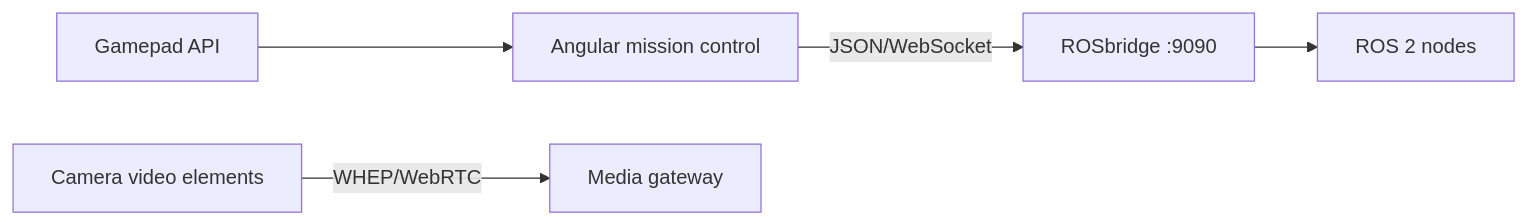
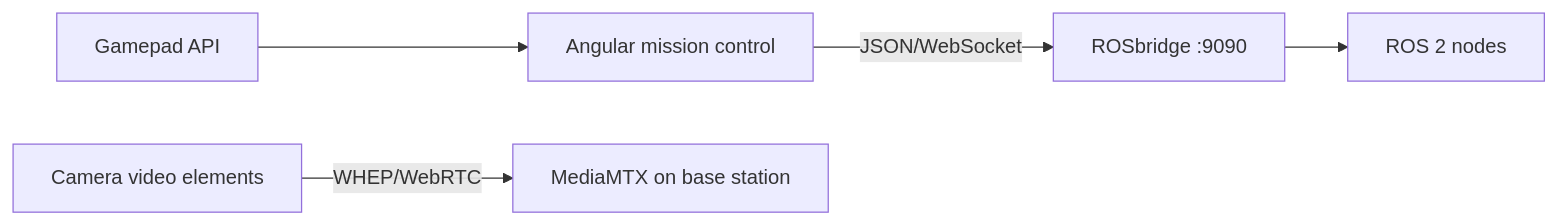
Before and after one commit to deakin-robotics/Chasmata-2027: the diagram in gui/README.md, drawn with Mermaid. The commit also changed other lines of this file and 6 other files, not shown here.

Commit message:
Configure base station LAN media and ROS networking

````diff
--- a/gui/README.md
+++ b/gui/README.md
@@ -62,7 +62,7 @@
 ```mermaid
 flowchart LR
     gamepad[Gamepad API] --> gui[Angular mission control]
     gui -->|JSON/WebSocket| rosbridge[ROSbridge :9090]
     rosbridge --> ros[ROS 2 nodes]
-    camera[Camera video elements] -->|WHEP/WebRTC| streams[Media gateway]
+    camera[Camera video elements] -->|WHEP/WebRTC| streams[MediaMTX on base station]
 ```
````
